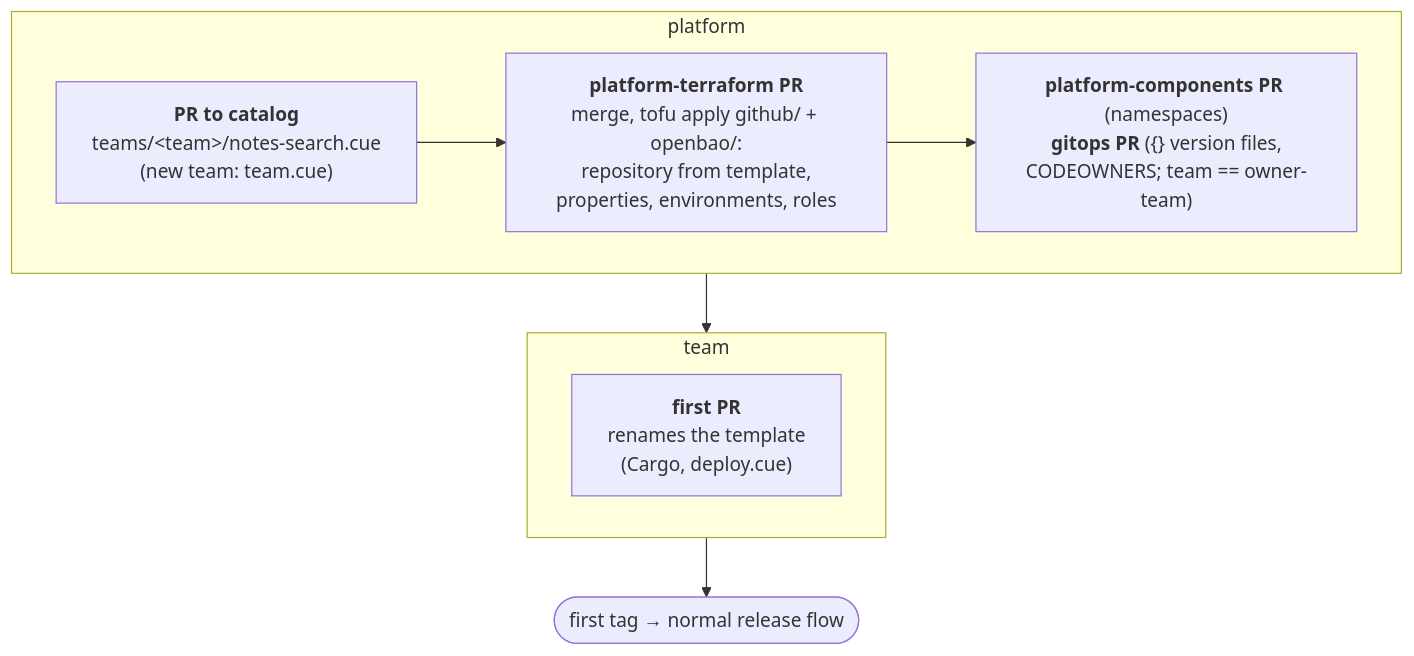
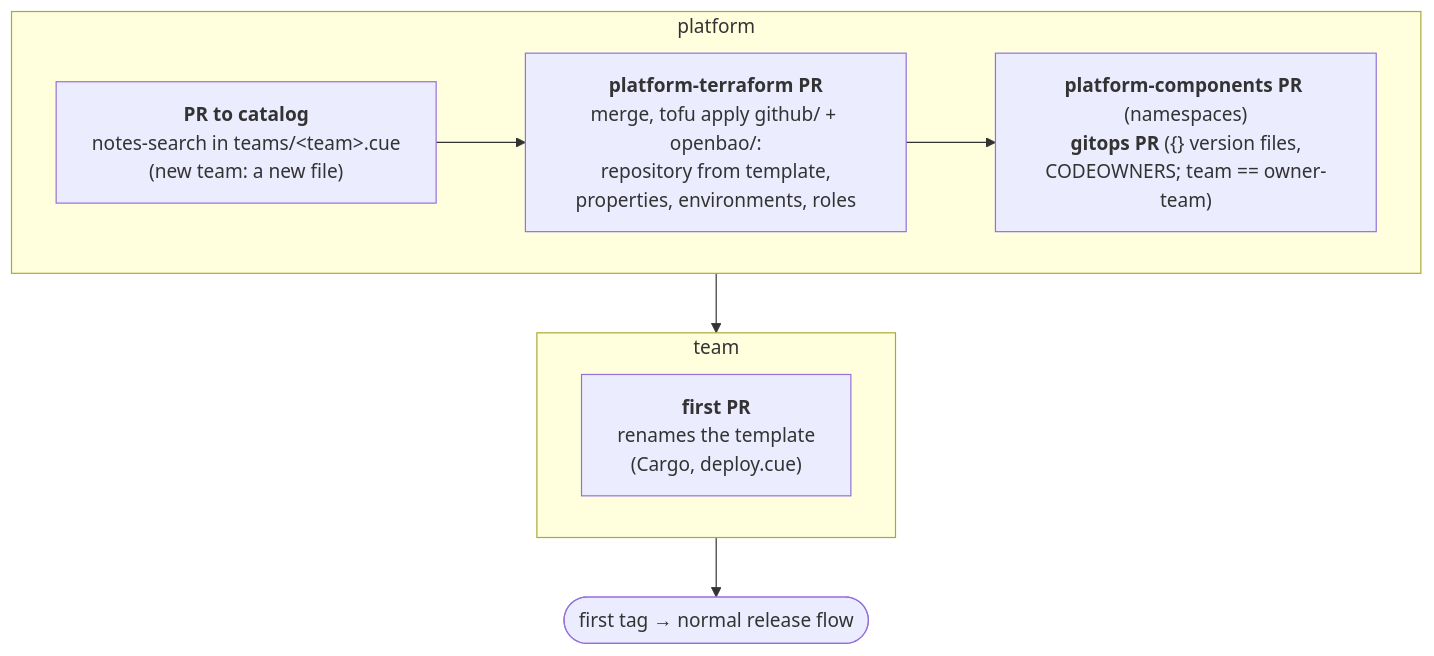
Before and after one commit to homelab-selfuryon/meta: the fourth of 4 diagrams in delivery.md, drawn with Mermaid. The commit also changed 3 other files, not shown here.

Commit message:
docs: the catalog has one file per team (#37)

````diff
--- a/delivery.md
+++ b/delivery.md
@@ -447,22 +447,22 @@
 ```mermaid
 ---
 config:
   flowchart:
     wrappingWidth: 260
 ---
 flowchart TB
     subgraph platform["platform"]
         direction LR
-        pr["<b>PR to catalog</b><br/>teams/&lt;team&gt;/notes-search.cue<br/>(new team: team.cue)"]
+        pr["<b>PR to catalog</b><br/>notes-search in teams/&lt;team&gt;.cue<br/>(new team: a new file)"]
         tf["<b>platform-terraform PR</b><br/>merge, tofu apply github/ + openbao/:<br/>repository from template,<br/>properties, environments, roles"]
         rest["<b>platform-components PR</b> (namespaces)<br/><b>gitops PR</b> ({} version files,<br/>CODEOWNERS; team == owner-team)"]
         pr --> tf --> rest
     end
 
     subgraph team["team"]
         direction LR
         rename["<b>first PR</b><br/>renames the template<br/>(Cargo, deploy.cue)"]
     end
 
     platform --> team --> tag(["first tag → normal release flow"])
 ```
````
